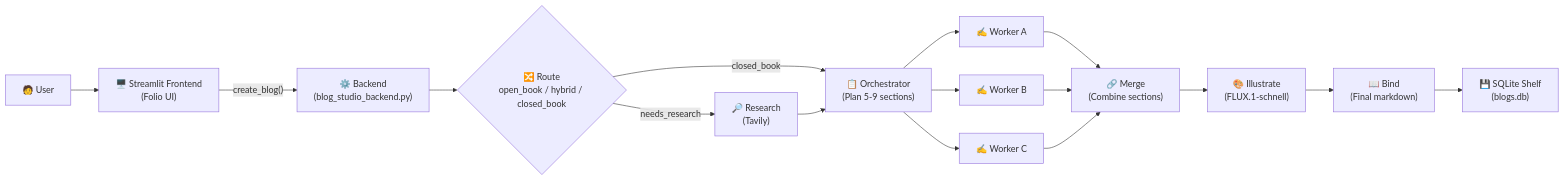
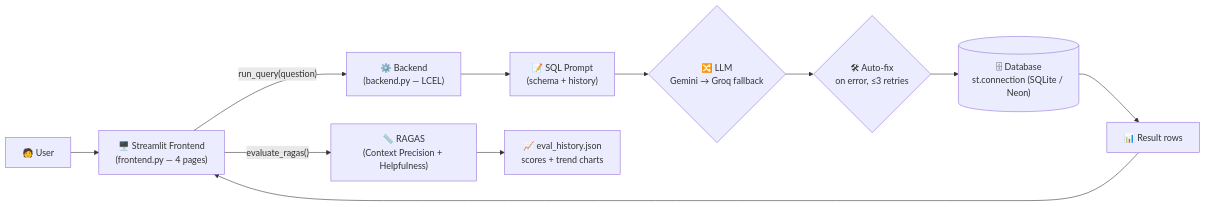
The diagram in README.md (kairav7220/folio-blog-studio), drawn with Mermaid before and after one commit. The commit also changed other lines of this file, not shown here.

````diff
--- a/README.md
+++ b/README.md
@@ -47,18 +49,13 @@
 ```mermaid
 flowchart LR
-  User["🧑 User"] --> Frontend["🖥️ Streamlit Frontend<br/>(Folio UI)"]
-  Frontend -->|"create_blog()"| Backend["⚙️ Backend<br/>(blog_studio_backend.py)"]
-  Backend --> Router{"🔀 Route<br/>open_book / hybrid / closed_book"}
-  Router -->|"needs_research"| Research["🔎 Research<br/>(Tavily)"]
-  Router -->|"closed_book"| Orchestrator
-  Research --> Orchestrator["📋 Orchestrator<br/>(Plan 5-9 sections)"]
-  Orchestrator --> Worker1["✍️ Worker A"]
-  Orchestrator --> Worker2["✍️ Worker B"]
-  Orchestrator --> Worker3["✍️ Worker C"]
-  Worker1 --> Merger["🔗 Merge<br/>(Combine sections)"]
-  Worker2 --> Merger
-  Worker3 --> Merger
-  Merger --> Illustrator["🎨 Illustrate<br/>(FLUX.1-schnell)"]
-  Illustrator --> Bind["📖 Bind<br/>(Final markdown)"]
-  Bind --> Shelf["💾 SQLite Shelf<br/>(blogs.db)"]
+  User["🧑 User"] --> UI["🖥️ Streamlit Frontend<br/>(frontend.py — 4 pages)"]
+  UI -->|"run_query(question)"| Backend["⚙️ Backend<br/>(backend.py — LCEL)"]
+  Backend --> Prompt["📝 SQL Prompt<br/>(schema + history)"]
+  Prompt --> LLM{"🔀 LLM<br/>Gemini → Groq fallback"}
+  LLM --> Fix{"🛠 Auto-fix<br/>on error, ≤3 retries"}
+  Fix --> DB[("🗄 Database<br/>st.connection (SQLite / Neon)")]
+  DB --> Results["📊 Result rows"]
+  Results --> UI
+  UI -->|"evaluate_ragas()"| Eval["📏 RAGAS<br/>(Context Precision + Helpfulness)"]
+  Eval --> History["📈 eval_history.json<br/>scores + trend charts"]
 ```
````
